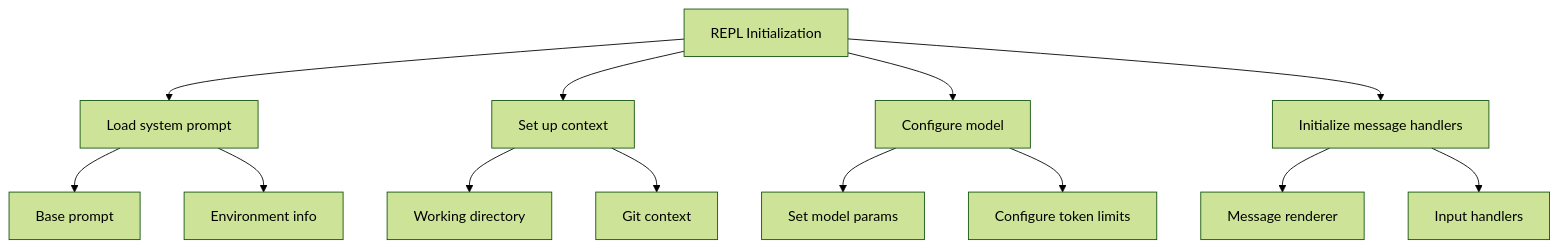
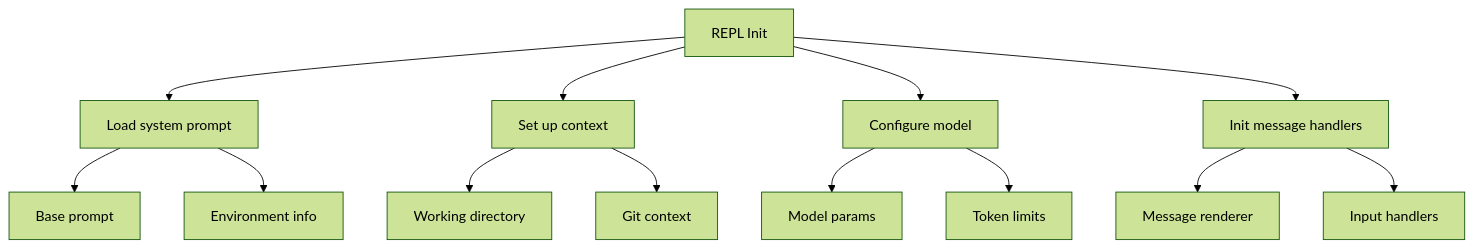
One commit to Szermer/QED changed the fourth of 4 diagrams in src/initialization-process.md. Above: the diagram before and after it, drawn with Mermaid (forest theme). The commit also changed other lines of this file and 1 other file, not shown here.

First line of the commit message:
style: improve writing style in system prompts and initialization docs

````diff
--- a/src/initialization-process.md
+++ b/src/initialization-process.md
@@ -283,19 +274,19 @@
 ```mermaid
 flowchart TD
-    A[REPL Initialization] --> B[Load system prompt]
+    A[REPL Init] --> B[Load system prompt]
     A --> C[Set up context]
     A --> D[Configure model]
-    A --> E[Initialize message handlers]
+    A --> E[Init message handlers]
     
     B --> B1[Base prompt]
     B --> B2[Environment info]
     
     C --> C1[Working directory]
     C --> C2[Git context]
     
-    D --> D1[Set model params]
-    D --> D2[Configure token limits]
+    D --> D1[Model params]
+    D --> D2[Token limits]
     
     E --> E1[Message renderer]
     E --> E2[Input handlers]
 ```
````
